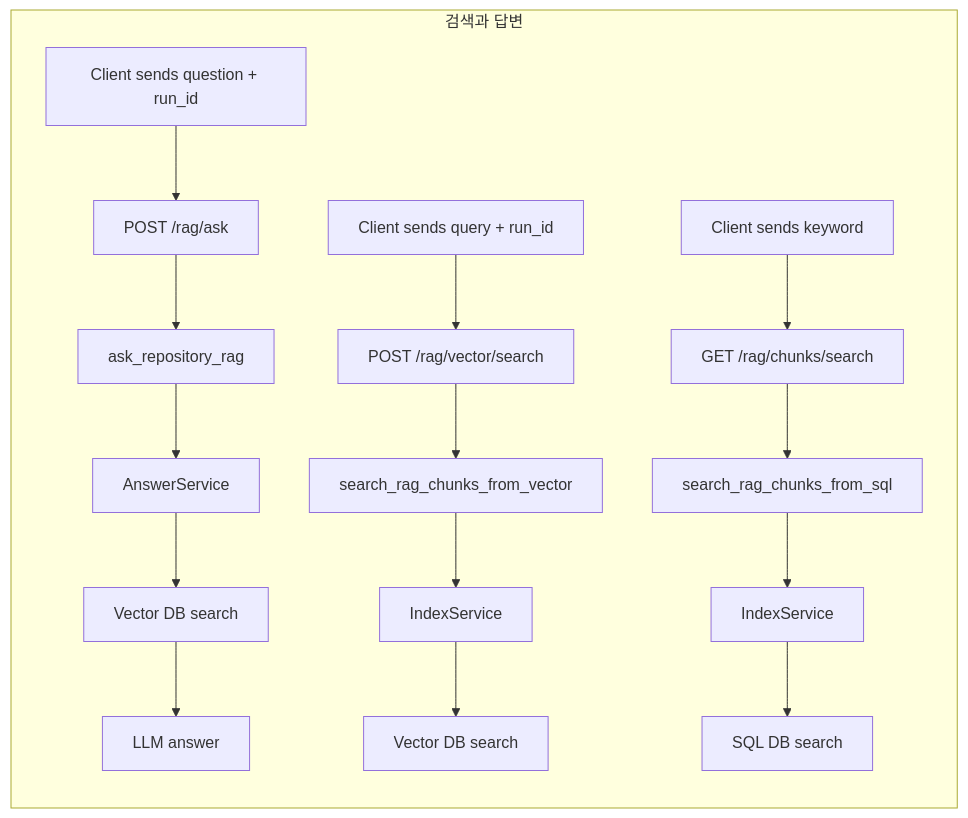
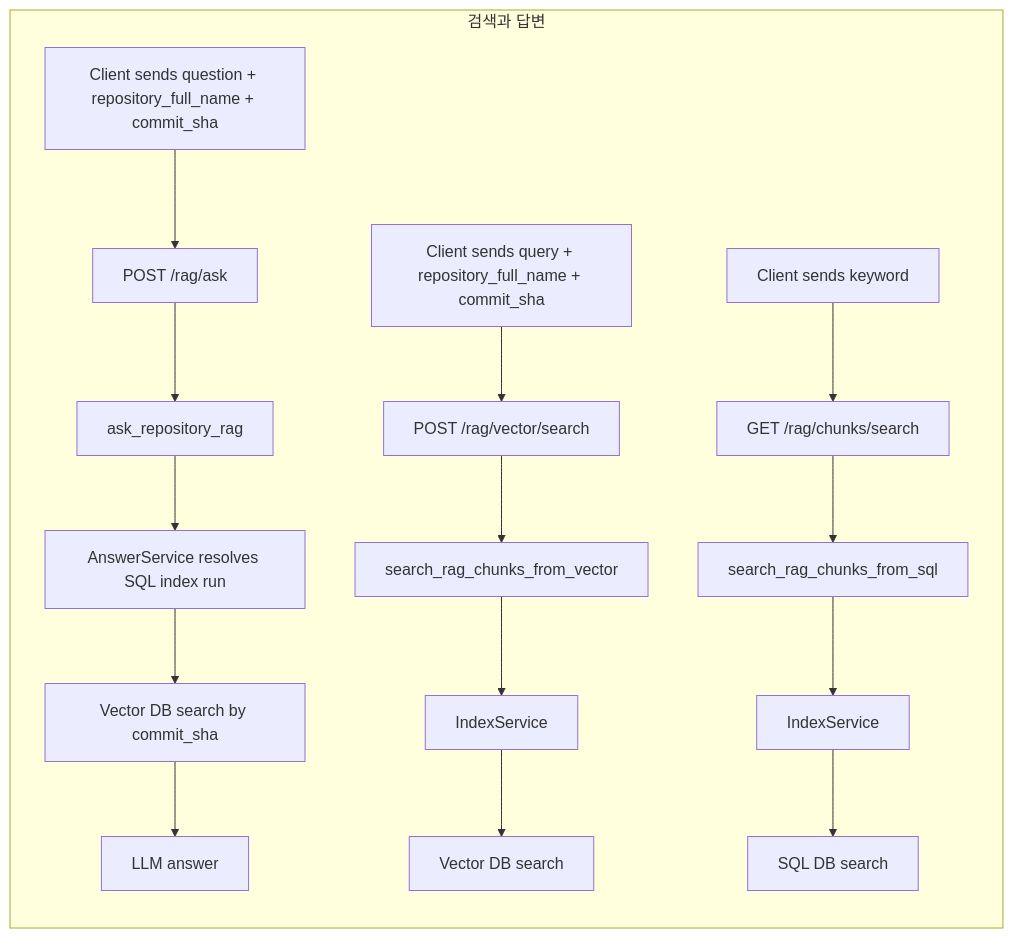
Before and after one commit to Jungle-303-04/warm-up: the third of 4 diagrams in docs/rag_study.md, drawn with Mermaid. The commit also changed other lines of this file and 16 other files, not shown here.

Commit message:
feat: scope RAG ask by repository commit

````diff
--- a/docs/rag_study.md
+++ b/docs/rag_study.md
@@ -145,26 +146,26 @@
 ```mermaid
 flowchart LR
     subgraph SearchAndAnswer[검색과 답변]
-        D1[Client sends question + run_id]
+        D1[Client sends question + repository_full_name + commit_sha]
         D2[POST /rag/ask]
         D3[ask_repository_rag]
-        D4[AnswerService]
-        D5[Vector DB search]
+        D4[AnswerService resolves SQL index run]
+        D5[Vector DB search by commit_sha]
         D6[LLM answer]
         D1 --> D2 --> D3 --> D4 --> D5 --> D6
 
-        E1[Client sends query + run_id]
+        E1[Client sends query + repository_full_name + commit_sha]
         E2[POST /rag/vector/search]
         E3[search_rag_chunks_from_vector]
         E4[IndexService]
         E5[Vector DB search]
         E1 --> E2 --> E3 --> E4 --> E5
 
         F1[Client sends keyword]
         F2[GET /rag/chunks/search]
         F3[search_rag_chunks_from_sql]
         F4[IndexService]
         F5[SQL DB search]
         F1 --> F2 --> F3 --> F4 --> F5
     end
 ```
````
